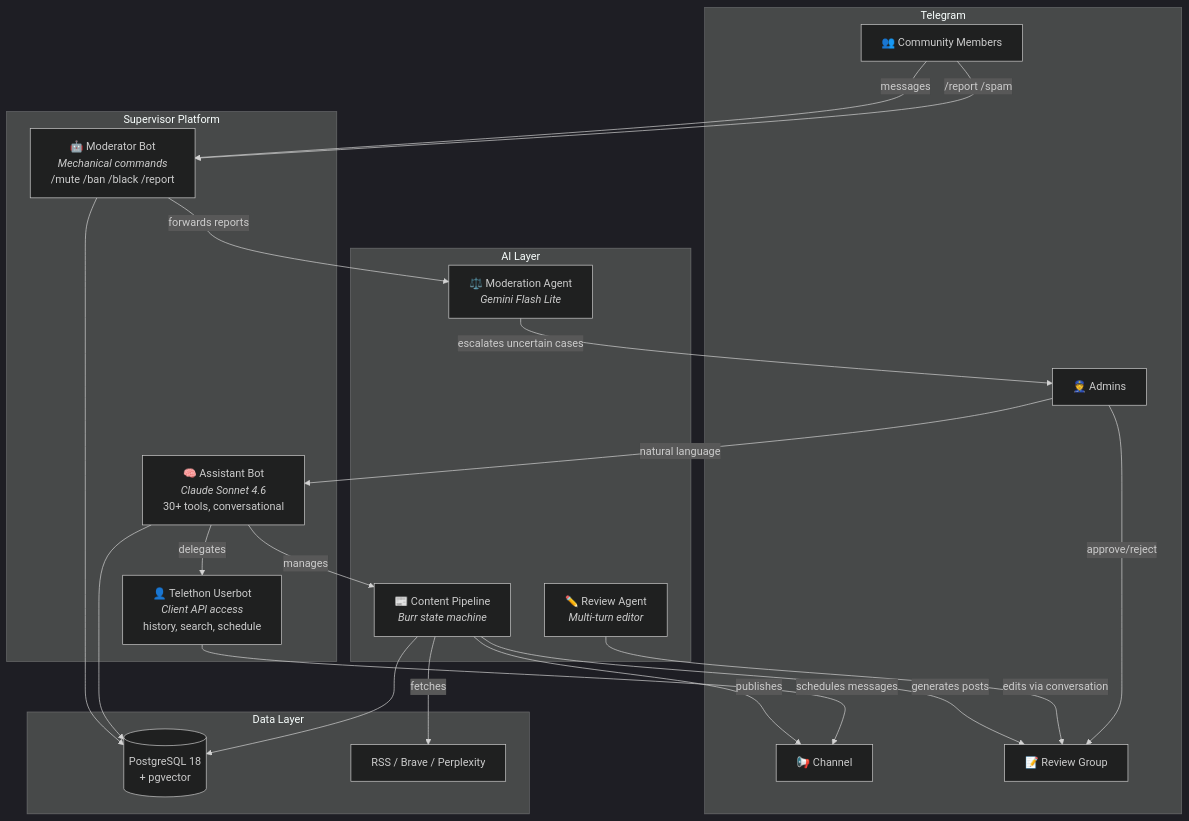
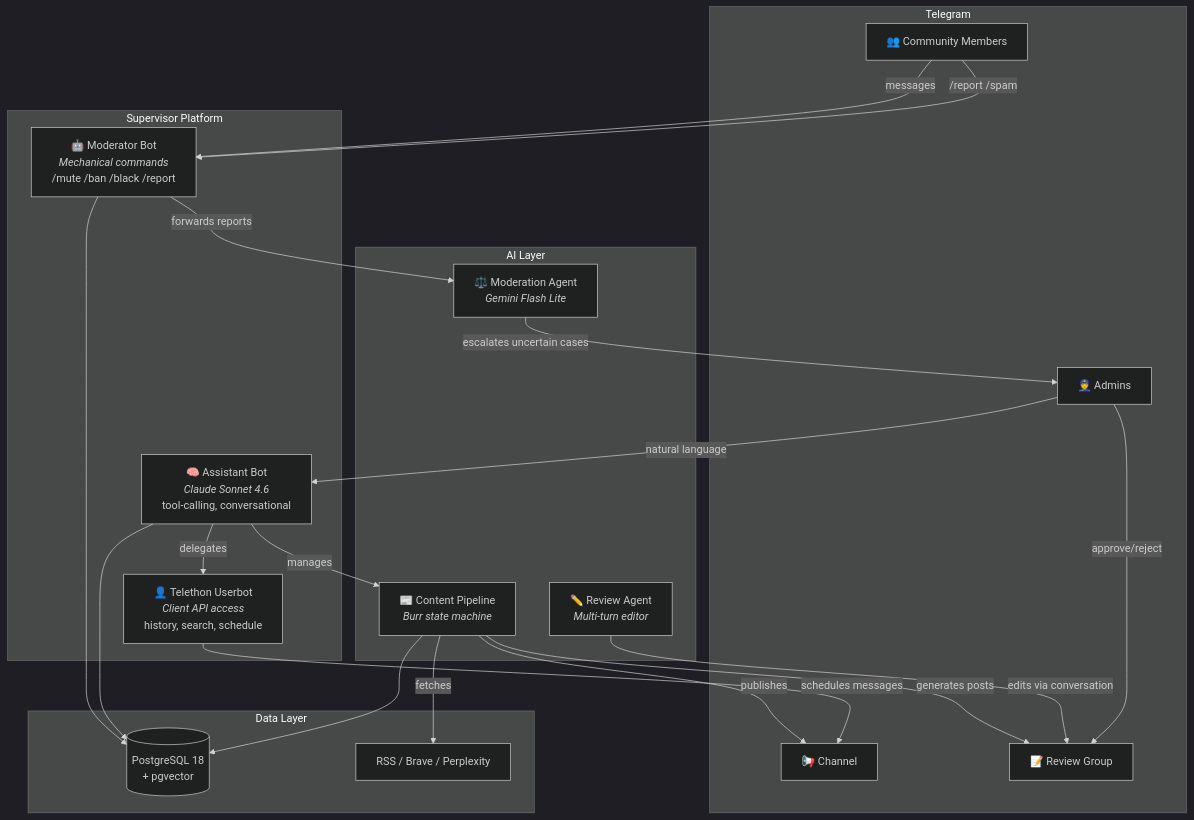
One commit to vsem-azamat/supervisor-telegram changed the first of 4 diagrams in README.md. Above: the diagram before and after it, drawn with Mermaid (dark theme). The commit also changed other lines of this file and 17 other files, not shown here.

````diff
--- a/README.md
+++ b/README.md
@@ -54,43 +54,43 @@
 ```mermaid
 graph TB
     subgraph Telegram["Telegram"]
         Users["👥 Community Members"]
         Admins["👮 Admins"]
         Channel["📢 Channel"]
         ReviewGroup["📝 Review Group"]
     end
 
     subgraph System["Supervisor Platform"]
         ModBot["🤖 Moderator Bot<br/><i>Mechanical commands</i><br/>/mute /ban /black /report"]
-        Assistant["🧠 Assistant Bot<br/><i>Claude Sonnet 4.6</i><br/>30+ tools, conversational"]
+        Assistant["🧠 Assistant Bot<br/><i>Claude Sonnet 4.6</i><br/>tool-calling, conversational"]
         Userbot["👤 Telethon Userbot<br/><i>Client API access</i><br/>history, search, schedule"]
     end
 
     subgraph AI["AI Layer"]
         ModAgent["⚖️ Moderation Agent<br/><i>Gemini Flash Lite</i>"]
         Pipeline["📰 Content Pipeline<br/><i>Burr state machine</i>"]
         ReviewAgent["✏️ Review Agent<br/><i>Multi-turn editor</i>"]
     end
 
     subgraph Data["Data Layer"]
         PG[("PostgreSQL 18<br/>+ pgvector")]
         Sources["RSS / Brave / Perplexity"]
     end
 
     Users -->|messages| ModBot
     Users -->|/report /spam| ModBot
     Admins -->|natural language| Assistant
     ModBot -->|forwards reports| ModAgent
     ModAgent -->|escalates uncertain cases| Admins
     Assistant -->|manages| Pipeline
     Pipeline -->|fetches| Sources
     Pipeline -->|generates posts| ReviewGroup
     ReviewAgent -->|edits via conversation| ReviewGroup
     Admins -->|approve/reject| ReviewGroup
     Pipeline -->|publishes| Channel
     Userbot -->|schedules messages| Channel
     Assistant -->|delegates| Userbot
     ModBot --> PG
     Assistant --> PG
     Pipeline --> PG
 ```
````
